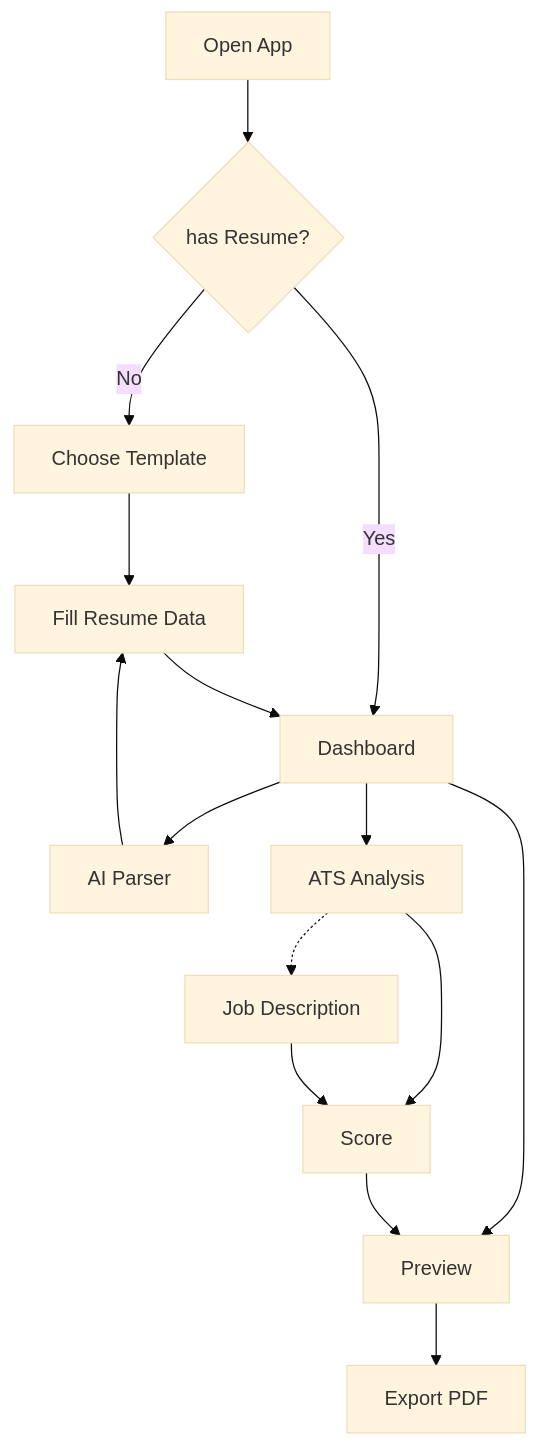
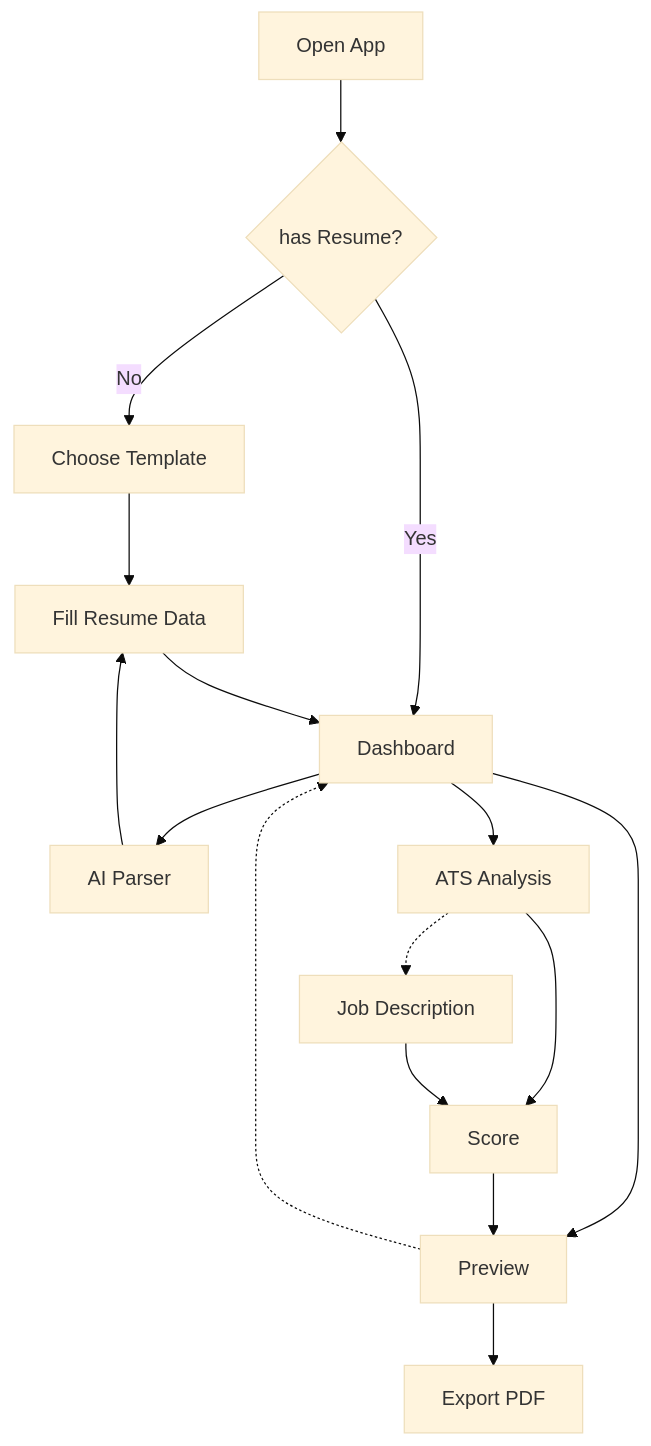
Before and after one commit to otavio-lemos/ResuMatch: the diagram in README.md, drawn with Mermaid (base theme).

Commit message:
docs: add Preview to Dashboard link in Mermaid diagram

````diff
--- a/README.md
+++ b/README.md
@@ -28,17 +28,18 @@
 ```mermaid
 flowchart TB
     A[Open App] --> B{has Resume?}
     B -->|No| C[Choose Template]
     B -->|Yes| D[Dashboard]
     C --> E[Fill Resume Data]
     E --> D
     D --> F[Preview]
     F --> G[Export PDF]
+    F -.-> D
     D --> H[AI Parser]
     H --> E
     D --> I[ATS Analysis]
     I --> J[Score]
     J --> F
     I -.-> K[Job Description]
     K --> J
 ```
````
